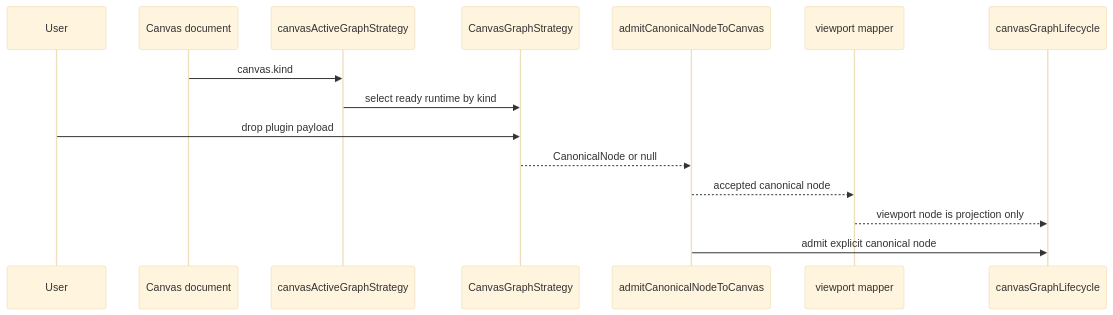
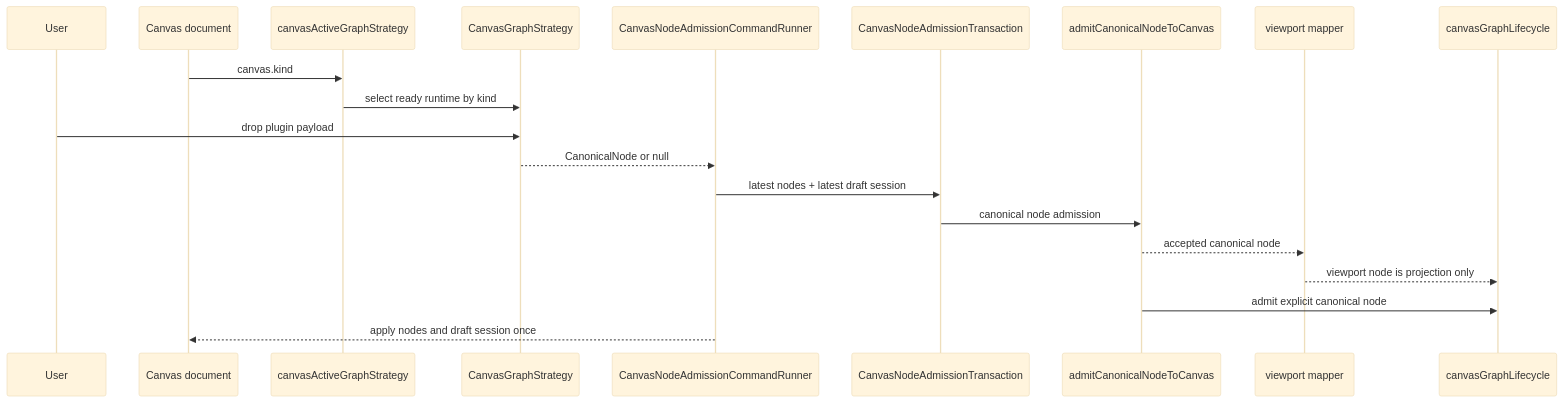
Before and after one commit to dunay2/dvt: the fifth of 5 diagrams in docs/architecture/components/web/graph/graph-frontend-architecture.md, drawn with Mermaid (base theme). The commit also changed other lines of this file and 9 other files, not shown here.

Commit message:
fix(web): Serialize Canvas node admission commands

````diff
--- a/docs/architecture/components/web/graph/graph-frontend-architecture.md
+++ b/docs/architecture/components/web/graph/graph-frontend-architecture.md
@@ -250,18 +259,23 @@
 ```mermaid
 sequenceDiagram
   participant User
   participant Canvas as Canvas document
   participant Resolver as canvasActiveGraphStrategy
   participant Strategy as CanvasGraphStrategy
+  participant Runner as CanvasNodeAdmissionCommandRunner
+  participant Tx as CanvasNodeAdmissionTransaction
   participant Admission as admitCanonicalNodeToCanvas
   participant Mapper as viewport mapper
   participant Lifecycle as canvasGraphLifecycle
 
   Canvas->>Resolver: canvas.kind
   Resolver->>Strategy: select ready runtime by kind
   User->>Strategy: drop plugin payload
-  Strategy-->>Admission: CanonicalNode or null
+  Strategy-->>Runner: CanonicalNode or null
+  Runner->>Tx: latest nodes + latest draft session
+  Tx->>Admission: canonical node admission
   Admission-->>Mapper: accepted canonical node
   Mapper-->>Lifecycle: viewport node is projection only
   Admission->>Lifecycle: admit explicit canonical node
+  Runner-->>Canvas: apply nodes and draft session once
 ```
````
